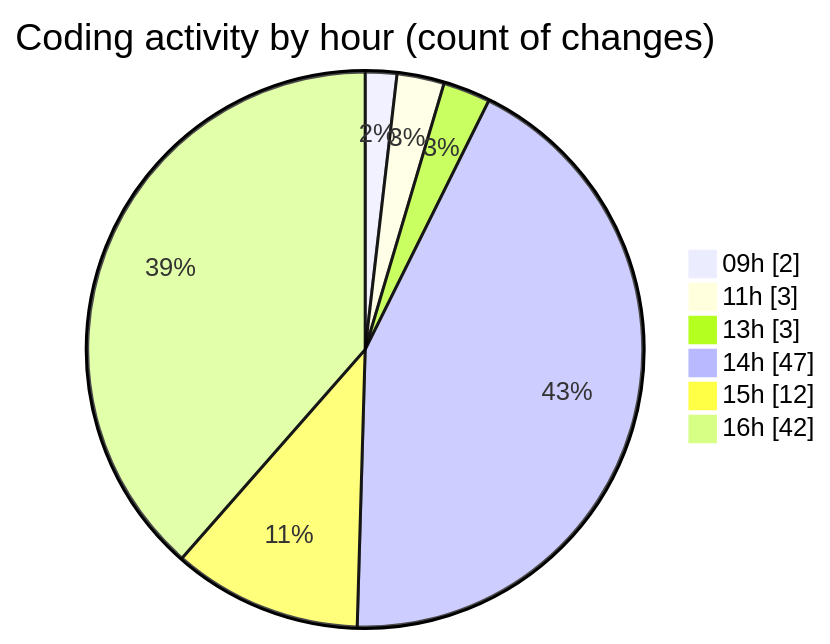
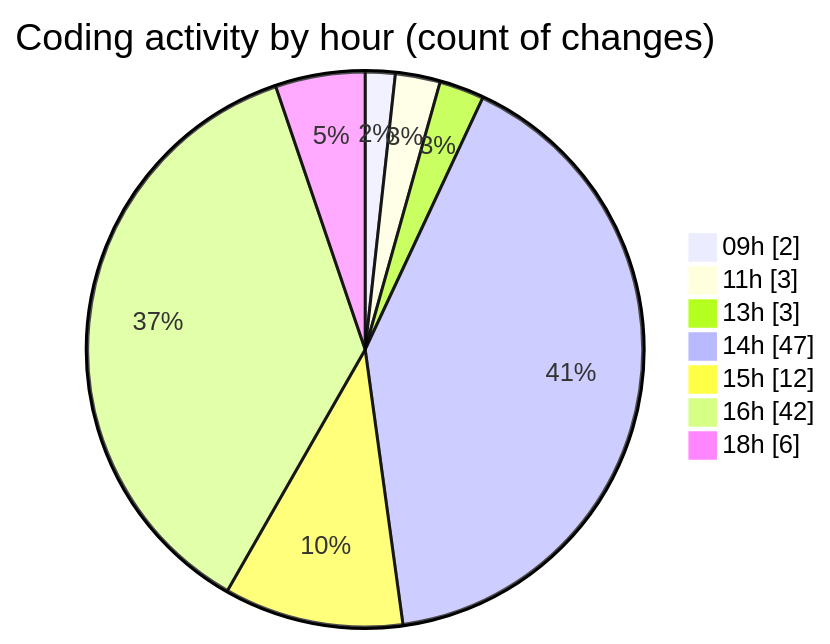
The second of 2 diagrams in 2025-11-10/eventscop-frontend-guide__workspace_/README.md (julien-gomy/code-tracking), drawn with Mermaid before and after one commit. The commit also changed other lines of this file and 1 other file, not shown here.

````diff
--- a/2025-11-10/eventscop-frontend-guide__workspace_/README.md
+++ b/2025-11-10/eventscop-frontend-guide__workspace_/README.md
@@ -68,10 +70,11 @@
 ```mermaid
 pie showData
 title Coding activity by hour (count of changes)
 "09h" : 2
 "11h" : 3
 "13h" : 3
 "14h" : 47
 "15h" : 12
 "16h" : 42
+"18h" : 6
 ```
````
